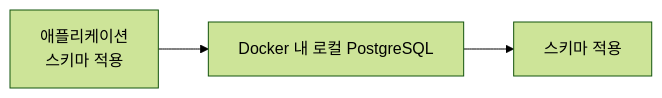
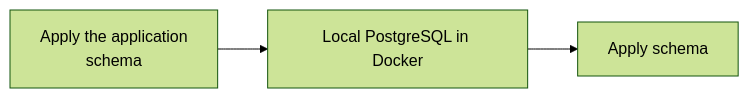
One commit to coderabbit-demo/clickhouse-demo changed the first of 2 diagrams in docs/ko/products/managed-postgres/local-development.mdx. Above: the diagram before and after it, drawn with Mermaid (forest theme). The commit also changed other lines of this file and 10230 other files, not shown here.

````diff
--- a/docs/ko/products/managed-postgres/local-development.mdx
+++ b/docs/ko/products/managed-postgres/local-development.mdx
@@ -29,4 +29,4 @@
 ```mermaid
 graph LR
-    A[애플리케이션<br/>스키마 적용] --> B[Docker 내 로컬 PostgreSQL] --> C[스키마 적용]
+    A[Apply the application<br/>schema] --> B[Local PostgreSQL in Docker] --> C[Apply schema]
 ```
````
